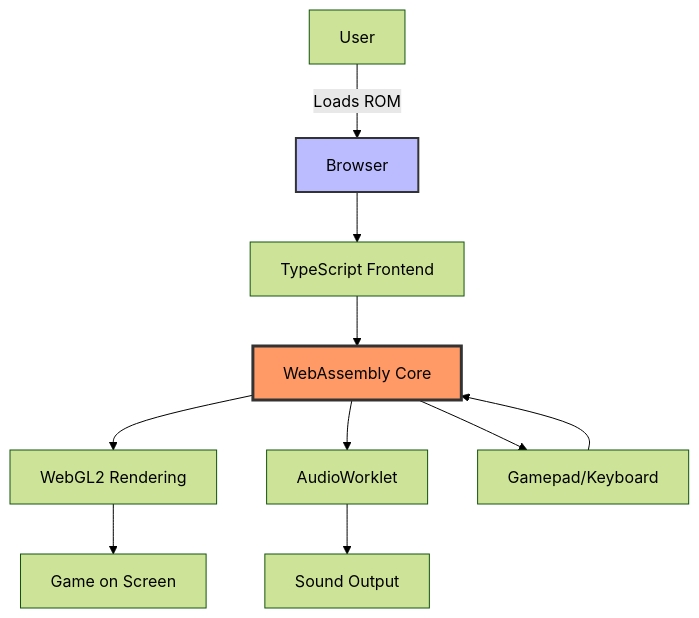
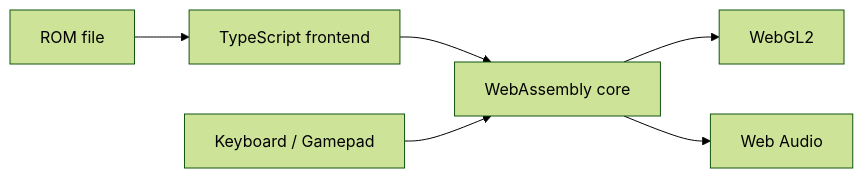
The diagram in blog/building-n64-emulator-webassembly.md (wayjake/jakeberg.xyz), drawn with Mermaid (forest theme) before and after one commit. The commit also changed other lines of this file and 3 other files, not shown here.

````diff
--- a/blog/building-n64-emulator-webassembly.md
+++ b/blog/building-n64-emulator-webassembly.md
@@ -51,15 +28,8 @@
 ```mermaid
-flowchart TB
-    User[User] -->|Loads ROM| Browser[Browser]
-    Browser --> TS[TypeScript Frontend]
-    TS --> WASM[WebAssembly Core]
-    WASM --> GL[WebGL2 Rendering]
-    WASM --> Audio[AudioWorklet]
-    WASM --> Input[Gamepad/Keyboard]
-    GL --> Screen[Game on Screen]
-    Audio --> Speakers[Sound Output]
-    Input --> WASM
-
-    style WASM fill:#f96,stroke:#333,stroke-width:3px
-    style Browser fill:#bbf,stroke:#333,stroke-width:2px
+flowchart LR
+    ROM[ROM file] --> TS[TypeScript frontend]
+    TS --> WASM[WebAssembly core]
+    WASM --> GL[WebGL2]
+    WASM --> Audio[Web Audio]
+    Input[Keyboard / Gamepad] --> WASM
 ```
````
